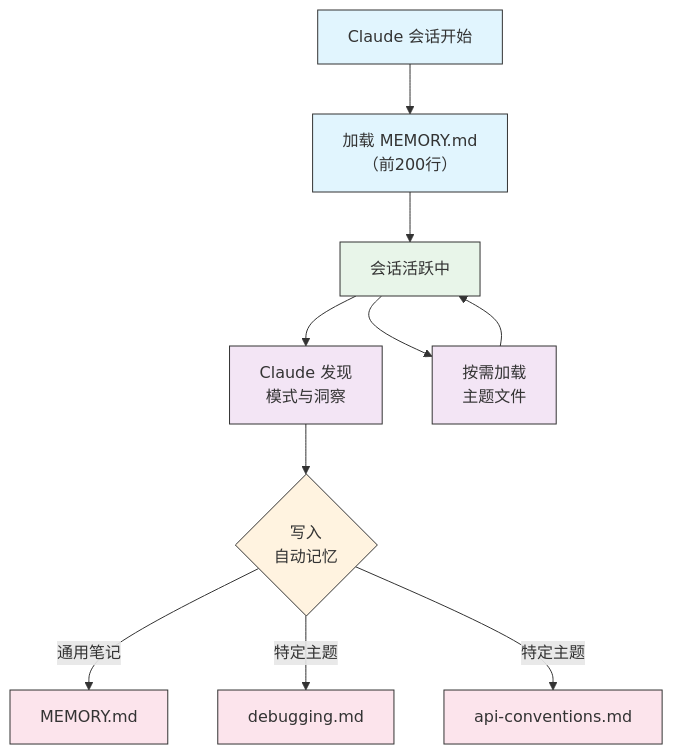
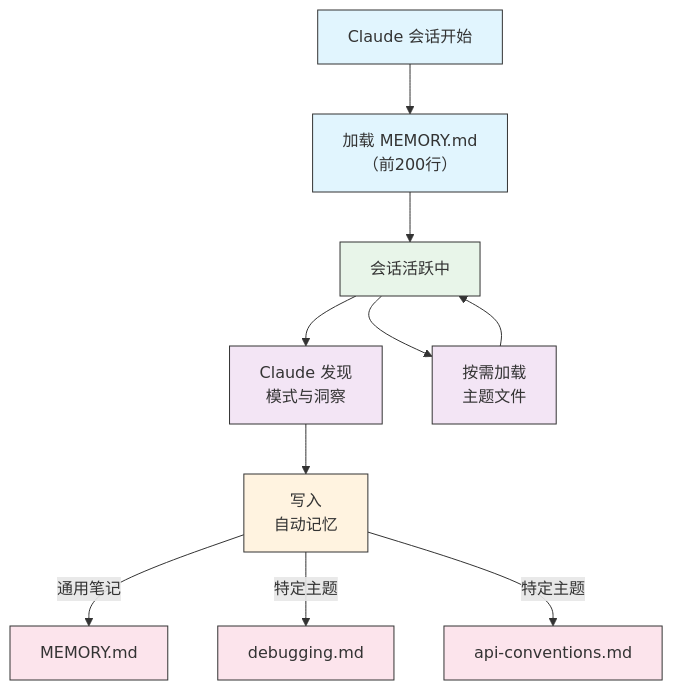
Before and after one commit to Rx782-Fss/claude-howto-zh: the fourth of 4 diagrams in 02-memory/README.md, drawn with Mermaid. The commit also changed 3 other files, not shown here.

Commit message:
fix: 将所有 Mermaid 菱形节点{}中文改为方形[]避免 GitHub Parse error (10处)

````diff
--- a/02-memory/README.md
+++ b/02-memory/README.md
@@ -372,22 +372,22 @@
 ```mermaid
 graph TD
     A["Claude 会话开始"] --> B["加载 MEMORY.md<br/>（前200行）"]
     B --> C["会话活跃中"]
     C --> D["Claude 发现<br/>模式与洞察"]
-    D --> E{"写入<br/>自动记忆"}
+    D --> E["写入<br/>自动记忆"]
     E -->|通用笔记| F["MEMORY.md"]
     E -->|特定主题| G["debugging.md"]
     E -->|特定主题| H["api-conventions.md"]
     C --> I["按需加载<br/>主题文件"]
     I --> C
 
     style A fill:#e1f5fe,stroke:#333,color:#333
     style B fill:#e1f5fe,stroke:#333,color:#333
     style C fill:#e8f5e9,stroke:#333,color:#333
     style D fill:#f3e5f5,stroke:#333,color:#333
     style E fill:#fff3e0,stroke:#333,color:#333
     style F fill:#fce4ec,stroke:#333,color:#333
     style G fill:#fce4ec,stroke:#333,color:#333
     style H fill:#fce4ec,stroke:#333,color:#333
     style I fill:#f3e5f5,stroke:#333,color:#333
 ```
````
